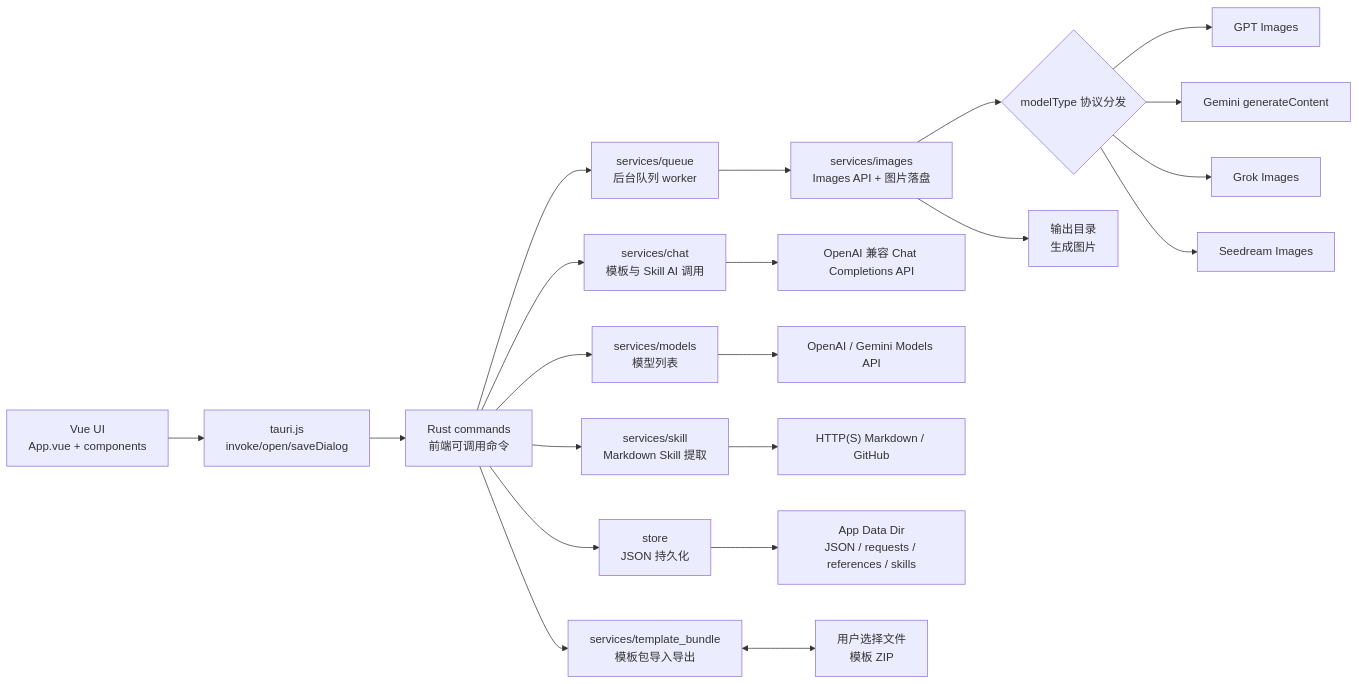
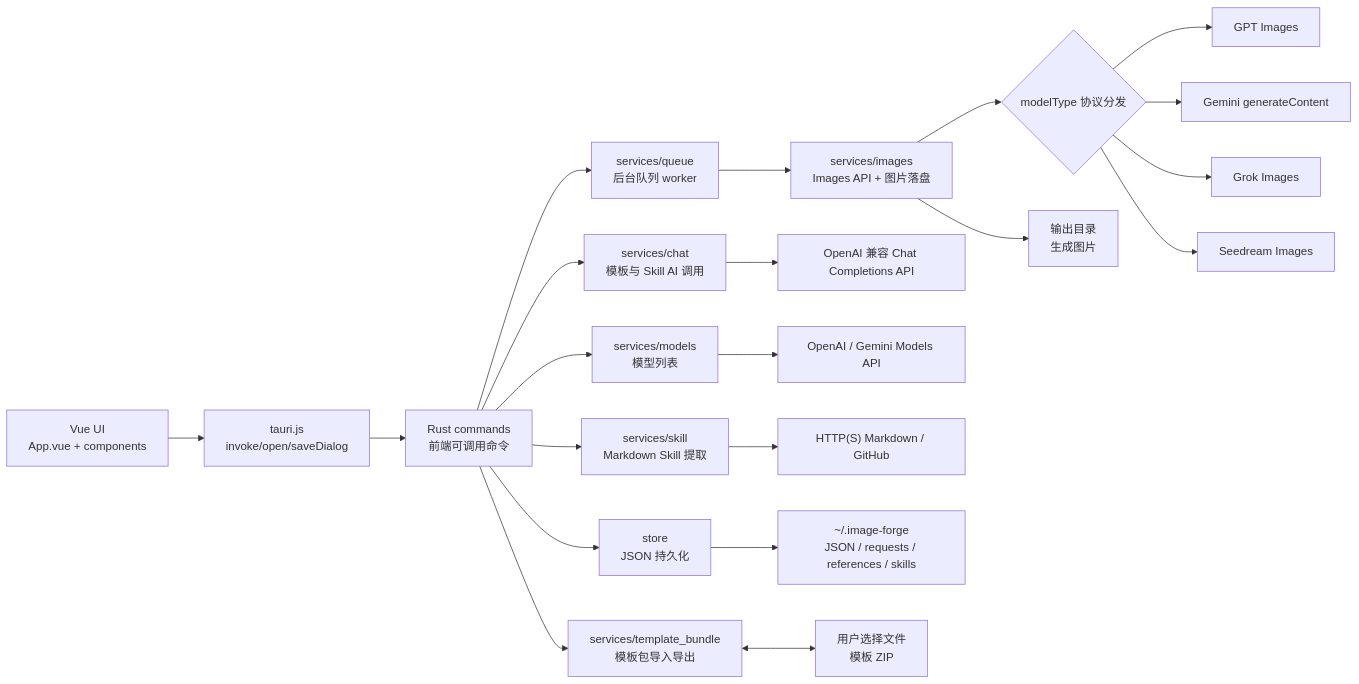
Before and after one commit to Tairraos/image-forge: the first of 7 diagrams in docs/technical-design.md, drawn with Mermaid. The commit also changed other lines of this file and 16 other files, not shown here.

````diff
--- a/docs/technical-design.md
+++ b/docs/technical-design.md
@@ -7,23 +7,23 @@
 ```mermaid
 flowchart LR
   UI["Vue UI\nApp.vue + components"] --> Bridge["tauri.js\ninvoke/open/saveDialog"]
   Bridge --> Commands["Rust commands\n前端可调用命令"]
   Commands --> Store["store\nJSON 持久化"]
   Commands --> Queue["services/queue\n后台队列 worker"]
   Commands --> Chat["services/chat\n模板与 Skill AI 调用"]
   Commands --> Skill["services/skill\nMarkdown Skill 提取"]
   Commands --> Models["services/models\n模型列表"]
   Commands --> Bundle["services/template_bundle\n模板包导入导出"]
   Queue --> Images["services/images\nImages API + 图片落盘"]
   Images --> Router{"modelType 协议分发"}
   Router --> GPT["GPT Images"]
   Router --> Gemini["Gemini generateContent"]
   Router --> Grok["Grok Images"]
   Router --> Seedream["Seedream Images"]
   Chat --> ChatAPI["OpenAI 兼容 Chat Completions API"]
   Models --> ModelsAPI["OpenAI / Gemini Models API"]
   Skill --> Web["HTTP(S) Markdown / GitHub"]
-  Store --> Files["App Data Dir\nJSON / requests / references / skills"]
+  Store --> Files["~/.image-forge\nJSON / requests / references / skills"]
   Images --> Outputs["输出目录\n生成图片"]
   Bundle <--> Archive["用户选择文件\n模板 ZIP"]
 ```
````
